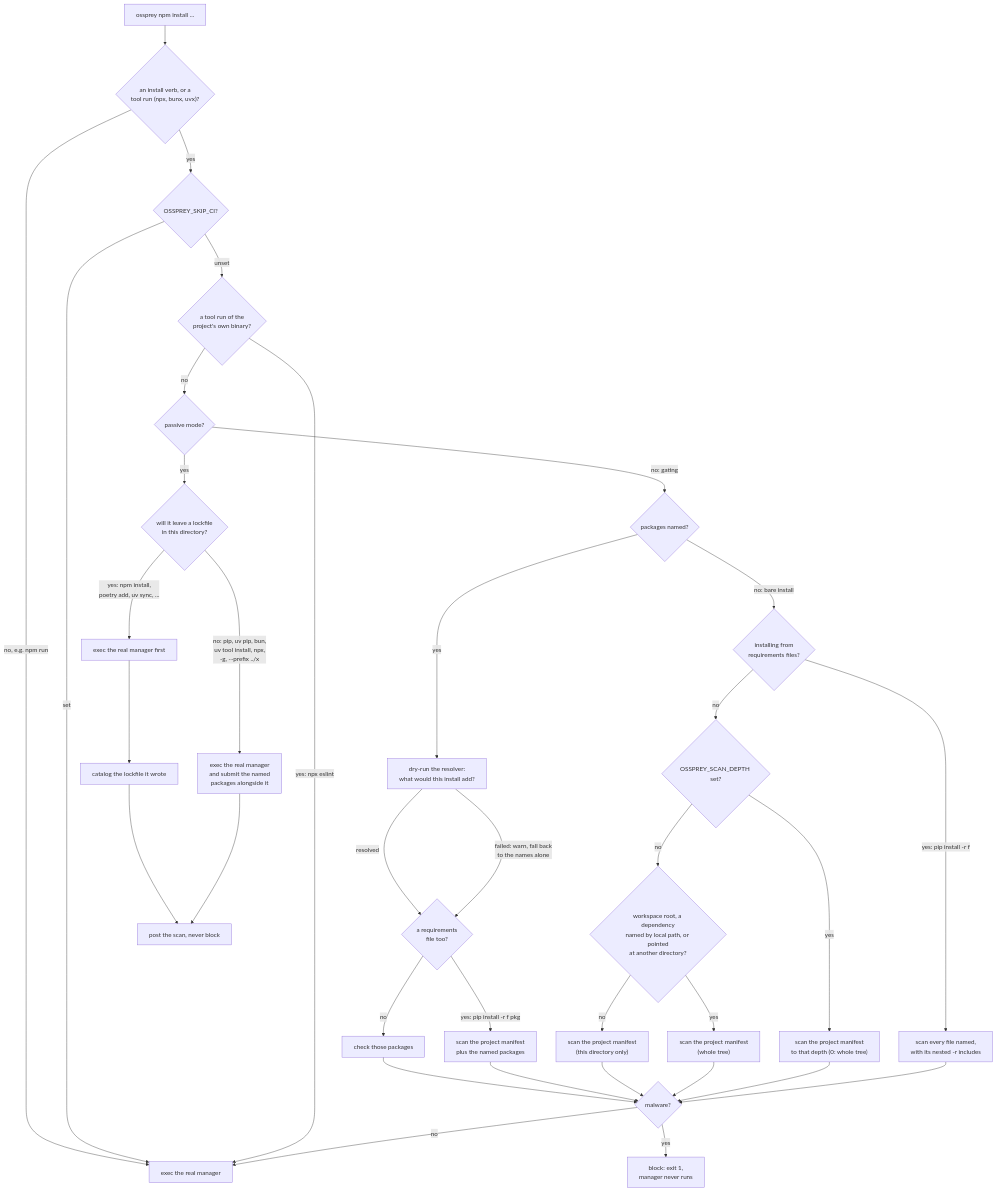
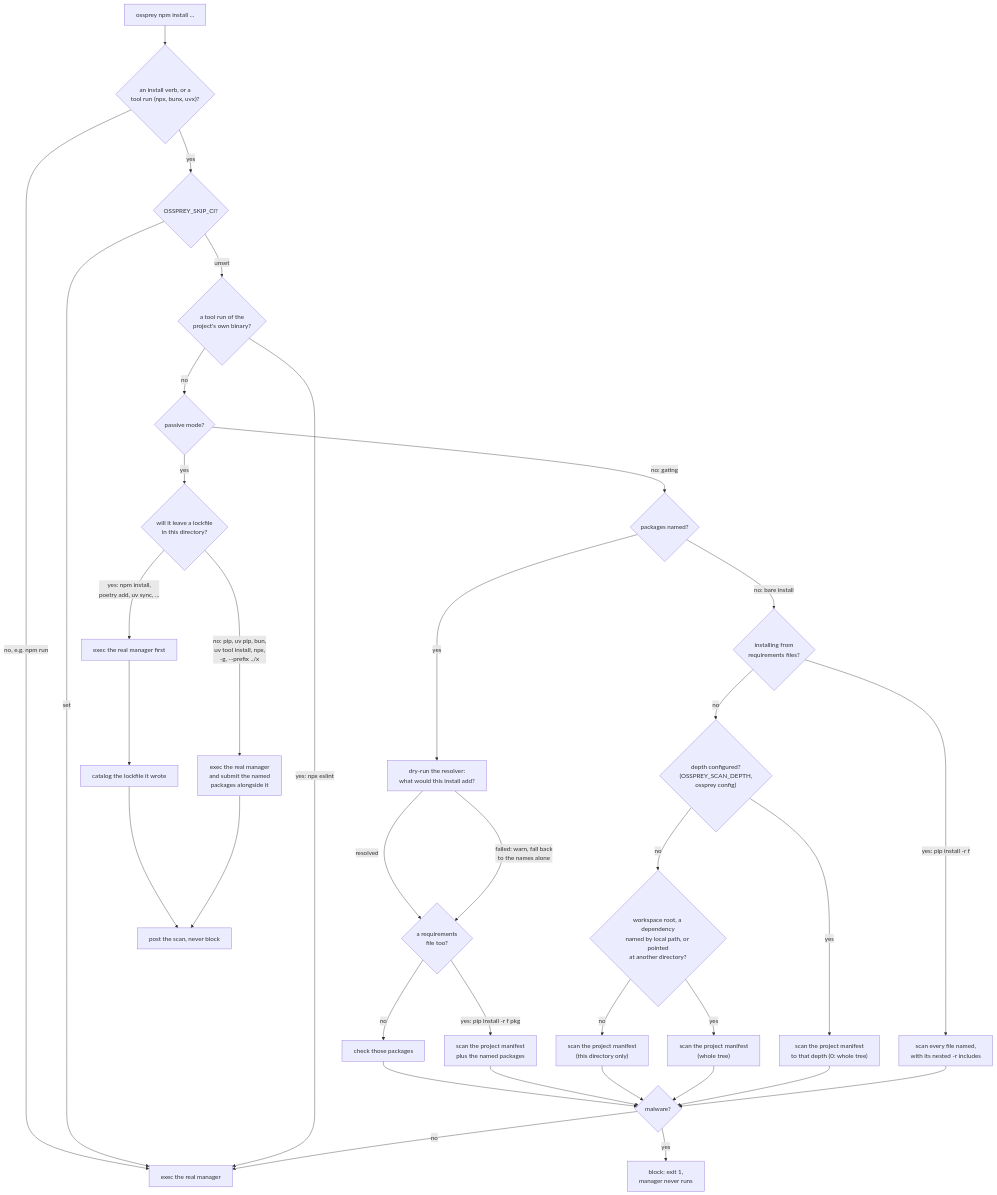
Before and after one commit to ossprey/ossprey-cli: the second of 3 diagrams in docs/architecture.md, drawn with Mermaid. The commit also changed 20 other files, not shown here.

First line of the commit message:
feat(config): store scan depth and ignore patterns with `ossprey config`

````diff
--- a/docs/architecture.md
+++ b/docs/architecture.md
@@ -49,39 +49,39 @@
 ```mermaid
 flowchart TD
     S["ossprey npm install ..."] --> T{"an install verb, or a<br/>tool run (npx, bunx, uvx)?"}
     T -- "no, e.g. npm run" --> U["exec the real manager"]
     T -- "yes" --> V{"OSSPREY_SKIP_CI?"}
     V -- "set" --> U
     V -- "unset" --> L{"a tool run of the<br/>project's own binary?"}
     L -- "yes: npx eslint" --> U
     L -- "no" --> W{"passive mode?"}
 
     W -- "no: gating" --> X{"packages named?"}
     X -- "yes" --> E["dry-run the resolver:<br/>what would this install add?"]
     E -- "resolved" --> R{"a requirements<br/>file too?"}
     E -- "failed: warn, fall back<br/>to the names alone" --> R
     R -- "no" --> Y["check those packages"]
     R -- "yes: pip install -r f pkg" --> RZ["scan the project manifest<br/>plus the named packages"]
     X -- "no: bare install" --> RQ{"installing from<br/>requirements files?"}
     RQ -- "yes: pip install -r f" --> RF["scan every file named,<br/>with its nested -r includes"]
-    RQ -- "no" --> ZD{"OSSPREY_SCAN_DEPTH set?"}
+    RQ -- "no" --> ZD{"depth configured?<br/>(OSSPREY_SCAN_DEPTH,<br/>ossprey config)"}
     ZD -- "yes" --> ZO["scan the project manifest<br/>to that depth (0: whole tree)"]
     ZD -- "no" --> ZW{"workspace root, a dependency<br/>named by local path, or pointed<br/>at another directory?"}
     ZW -- "yes" --> ZF["scan the project manifest<br/>(whole tree)"]
     ZW -- "no" --> Z["scan the project manifest<br/>(this directory only)"]
     Y --> AA{"malware?"}
     RZ --> AA
     Z --> AA
     ZF --> AA
     ZO --> AA
     RF --> AA
     AA -- "yes" --> AB["block: exit 1,<br/>manager never runs"]
     AA -- "no" --> U
 
     W -- "yes" --> AC{"will it leave a lockfile<br/>in this directory?"}
     AC -- "yes: npm install,<br/>poetry add, uv sync, ..." --> AD["exec the real manager first"]
     AD --> AE["catalog the lockfile it wrote"]
     AE --> AF["post the scan, never block"]
     AC -- "no: pip, uv pip, bun,<br/>uv tool install, npx,<br/>-g, --prefix ../x" --> AG["exec the real manager<br/>and submit the named<br/>packages alongside it"]
     AG --> AF
 ```
````
